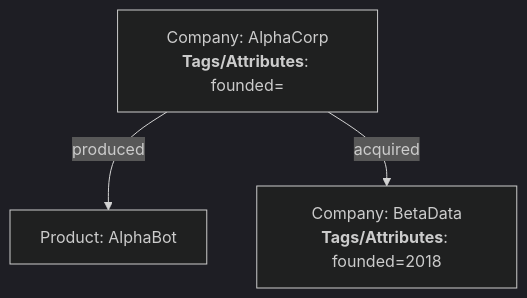
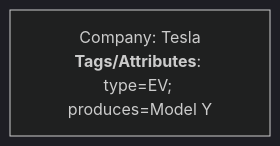
One commit to toheedsheikh/graph_rag changed the diagram in output/graph.mmd. Above: the diagram before and after it, drawn with Mermaid (dark theme). The commit also changed 2 other files, not shown here.

```diff
--- a/output/graph.mmd
+++ b/output/graph.mmd
@@ -1,10 +1,5 @@
 graph TD
  %% =========================
  %% Generated Graph
  %% =========================
- AlphaCorp["Company: AlphaCorp<br/><b>Tags/Attributes</b>: founded="]
- AlphaBot["Product: AlphaBot"]
- BetaData["Company: BetaData<br/><b>Tags/Attributes</b>: founded=2018"]
-
- AlphaCorp -->|produced| AlphaBot
- AlphaCorp -->|acquired| BetaData
+ Tesla["Company: Tesla<br/><b>Tags/Attributes</b>: type=EV; produces=Model Y"]
```
